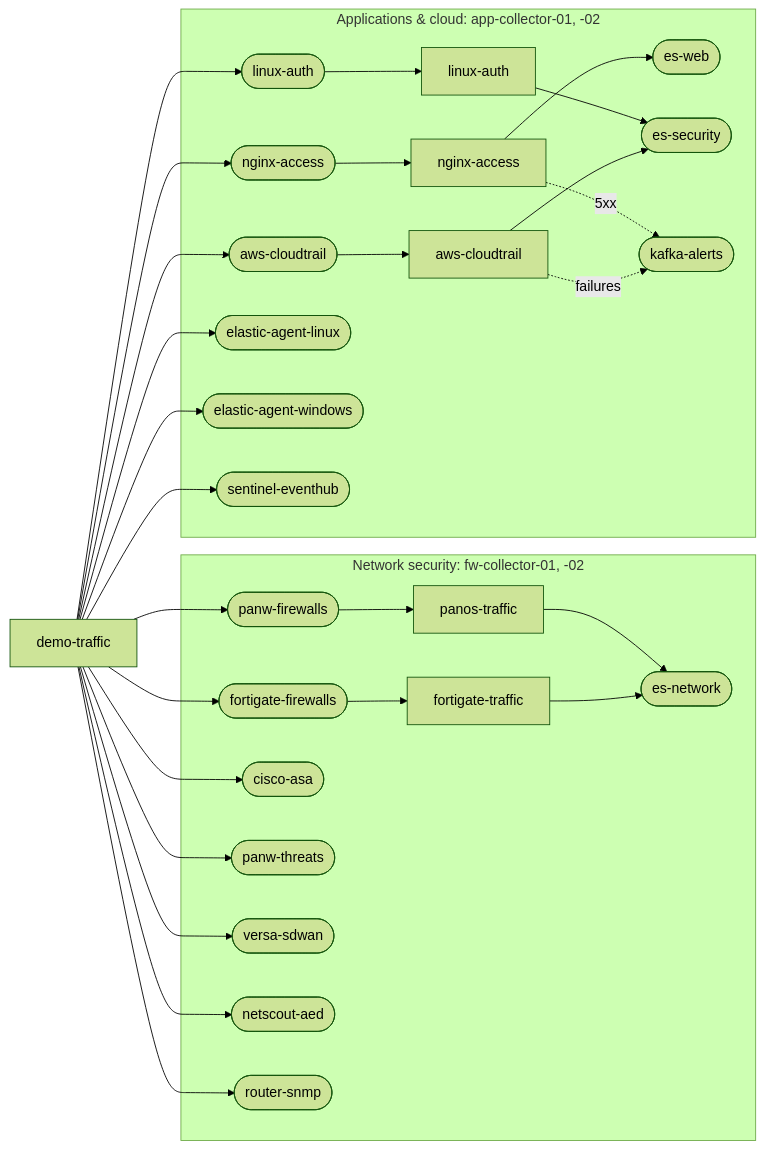
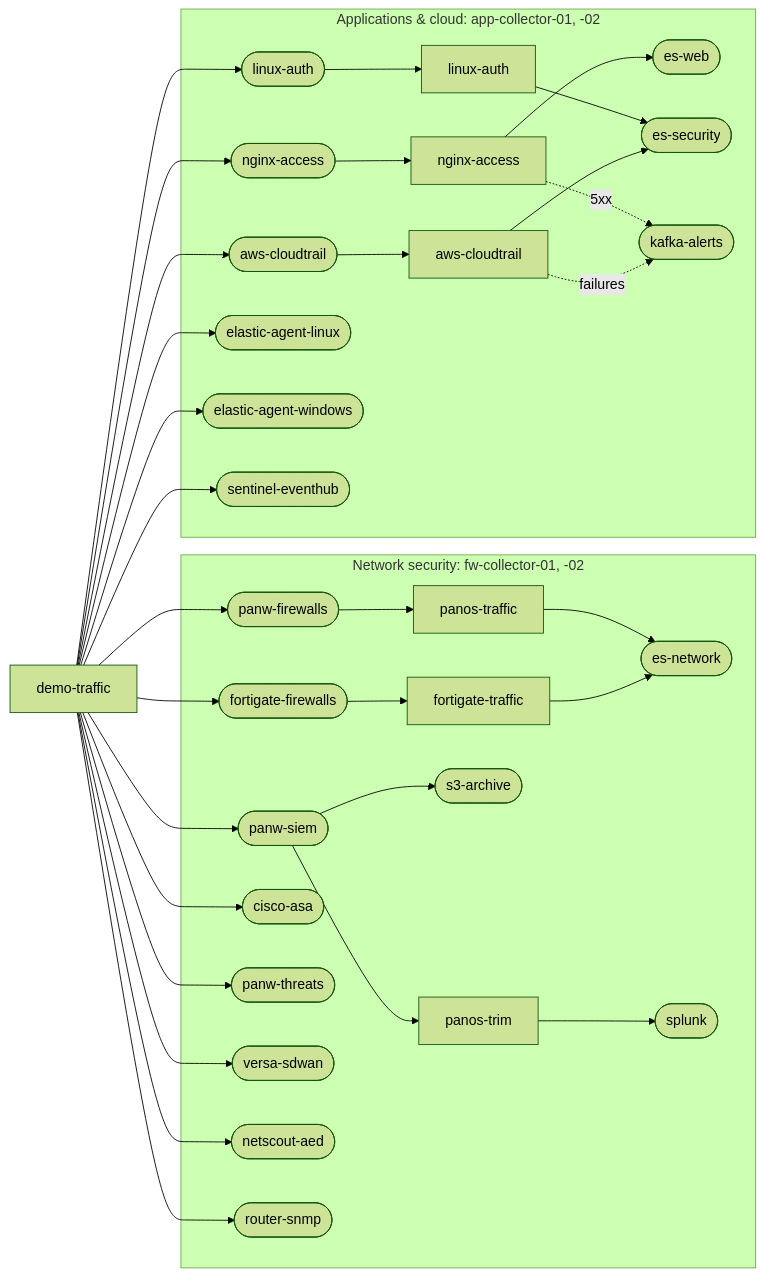
One commit to smeltr-sh/smeltr changed the diagram in tools/screenshots/README.md. Above: the diagram before and after it, drawn with Mermaid (forest theme). The commit also changed other lines of this file and 9 other files, not shown here.

````diff
--- a/tools/screenshots/README.md
+++ b/tools/screenshots/README.md
@@ -18,19 +18,21 @@
 ```mermaid
 graph LR
-  gen[demo-traffic] --> pa([panw-firewalls]) & fg([fortigate-firewalls]) & ng([nginx-access]) & au([linux-auth]) & ct([aws-cloudtrail])
+  gen[demo-traffic] --> pa([panw-firewalls]) & ps([panw-siem]) & fg([fortigate-firewalls]) & ng([nginx-access]) & au([linux-auth]) & ct([aws-cloudtrail])
   gen --> asa([cisco-asa]) & pt([panw-threats]) & vs([versa-sdwan]) & aed([netscout-aed]) & snmp([router-snmp])
   gen --> eal([elastic-agent-linux]) & eaw([elastic-agent-windows]) & sen([sentinel-eventhub])
   subgraph network [Network security: fw-collector-01, -02]
     pa --> pp[panos-traffic] --> esn([es-network])
+    ps --> pt2[panos-trim] --> spl([splunk])
+    ps --> arc([s3-archive])
     fg --> fp[fortigate-traffic] --> esn
     asa & pt & vs & aed & snmp
   end
   subgraph apps [Applications & cloud: app-collector-01, -02]
     ng --> np[nginx-access] --> esw([es-web])
     au --> ap[linux-auth] --> ess([es-security])
     ct --> cp[aws-cloudtrail] --> ess
     np -. 5xx .-> ka([kafka-alerts])
     cp -. failures .-> ka
     eal & eaw & sen
   end
 ```
````
